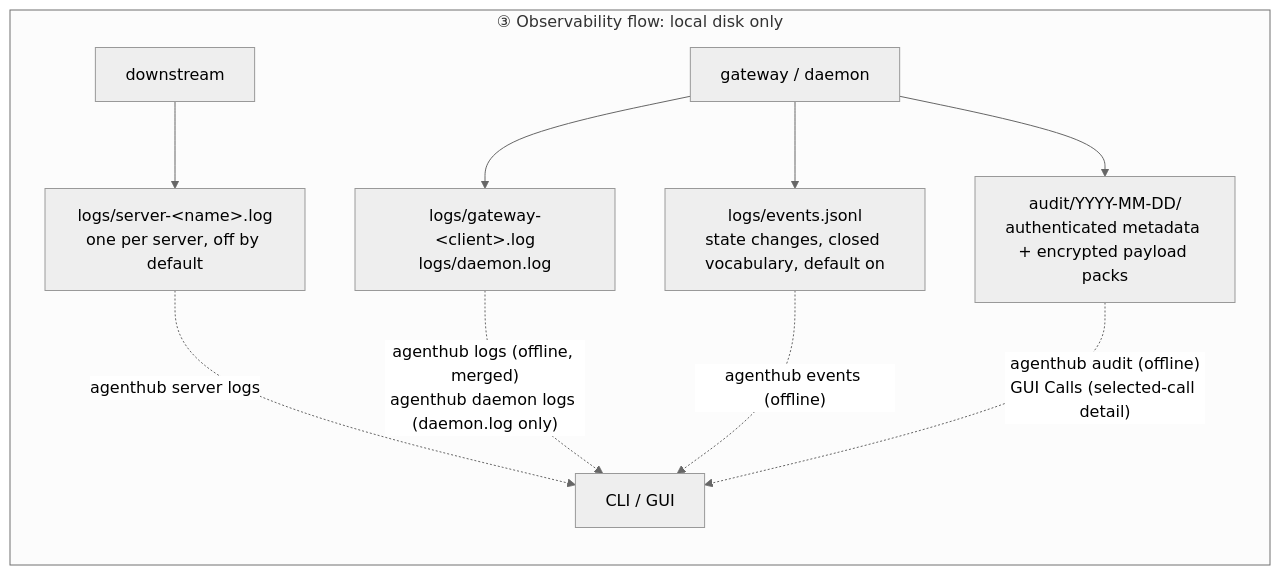
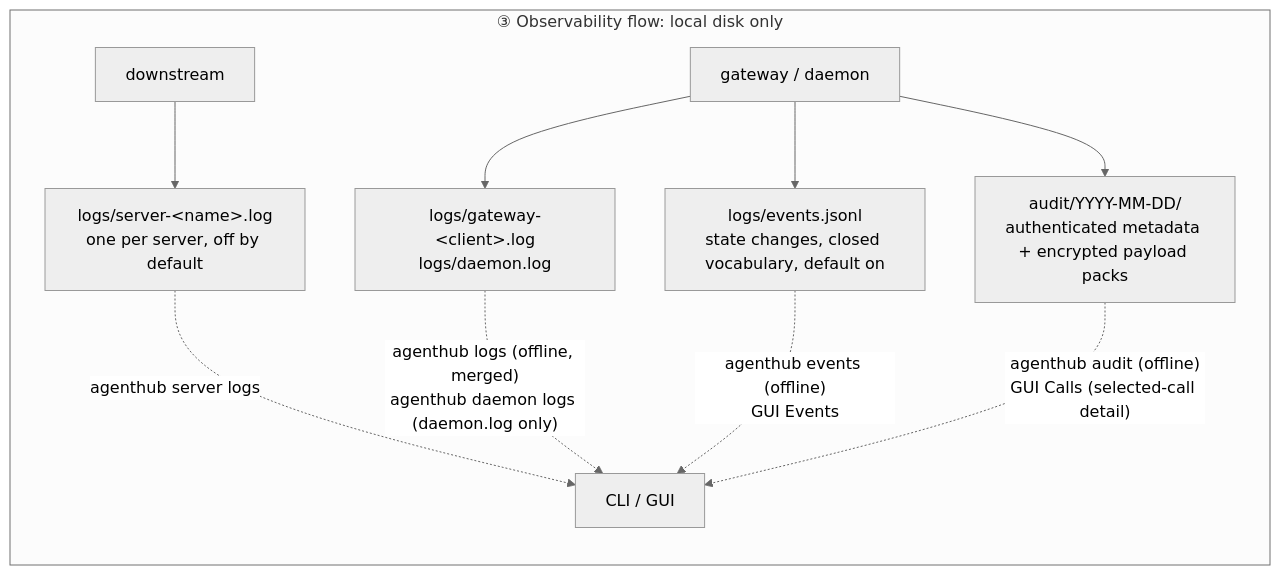
The sixth of 8 diagrams in docs/architecture.md (dinstein/agent-hub), drawn with Mermaid (neutral theme) before and after one commit. The commit also changed other lines of this file and 3 other files, not shown here.

First line of the commit message:
docs: tighten architecture and the guide, and resync both translations

````diff
--- a/docs/architecture.md
+++ b/docs/architecture.md
@@ -296,13 +263,13 @@
 ```mermaid
 flowchart LR
     subgraph obs["③ Observability flow: local disk only"]
         DSX["downstream"] --> A4["logs/server-&lt;name&gt;.log<br/>one per server, off by default"]
         GW["gateway / daemon"] --> A5["logs/gateway-&lt;client&gt;.log<br/>logs/daemon.log"]
         GW --> A7["logs/events.jsonl<br/>state changes, closed vocabulary, default on"]
         GW --> A6["audit/YYYY-MM-DD/<br/>authenticated metadata + encrypted payload packs"]
         A4 -.->|"agenthub server logs"| F["CLI / GUI"]
         A5 -.->|"agenthub logs (offline, merged)<br/>agenthub daemon logs (daemon.log only)"| F
-        A7 -.->|"agenthub events (offline)"| F
+        A7 -.->|"agenthub events (offline)<br/>GUI Events"| F
         A6 -.->|"agenthub audit (offline)<br/>GUI Calls (selected-call detail)"| F
     end
 ```
````
